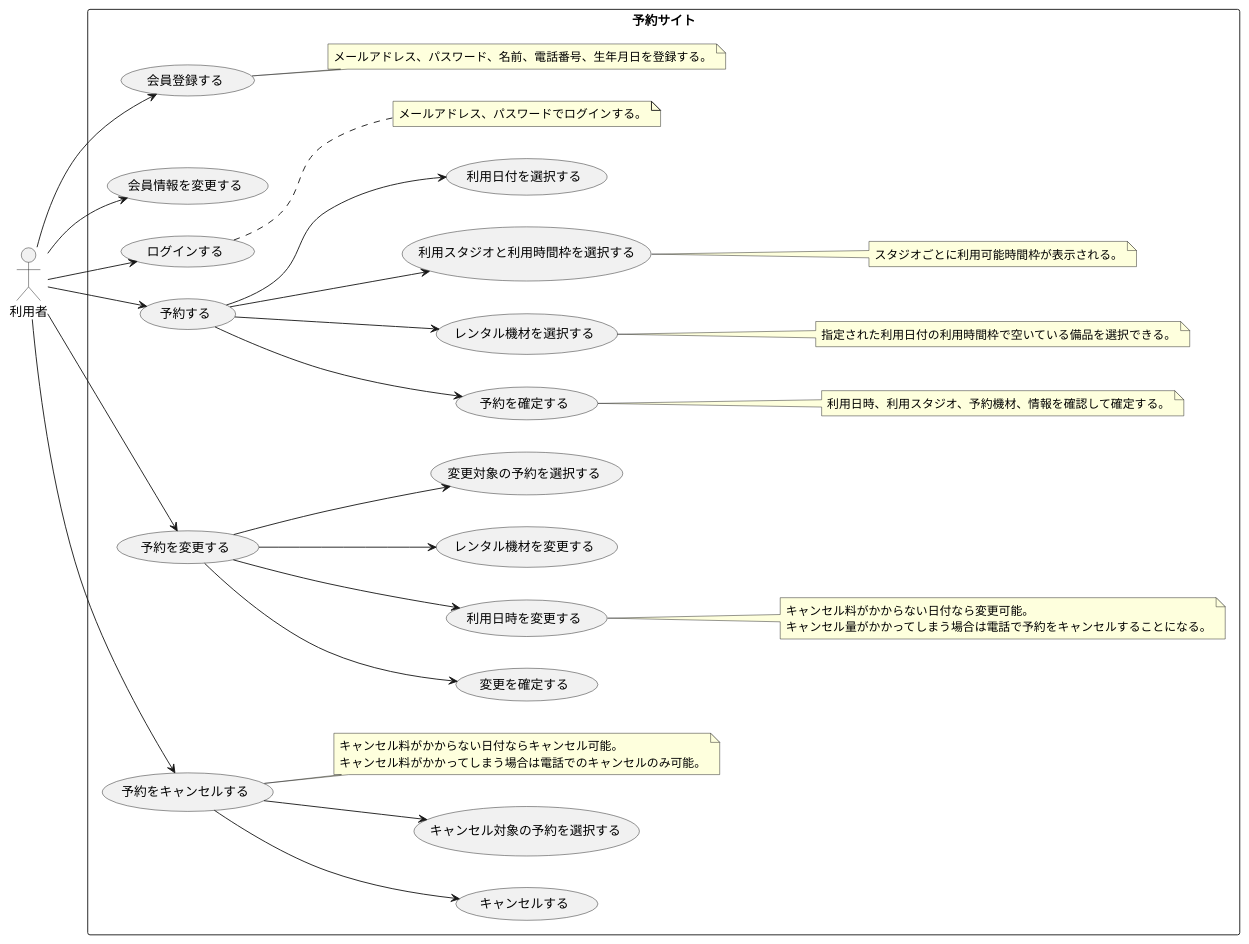
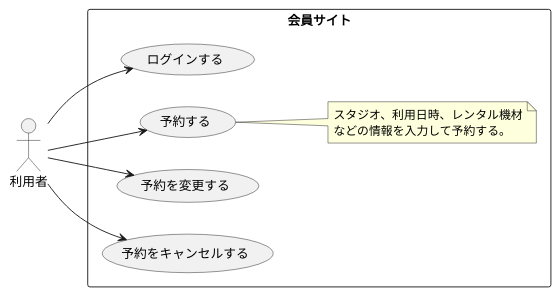
One commit to TakashiOnawa/ddd-practice-studio-reservation changed the diagram in modeling/05_Usecase_Web予約.pu. Above: the diagram before and after it, drawn with PlantUML. The commit also changed 38 other files, not shown here.

```diff
--- a/modeling/05_Usecase_Web予約.pu
+++ b/modeling/05_Usecase_Web予約.pu
@@ -1,59 +1,19 @@
 @startuml Usecase
 
 left to right direction
 
 actor 利用者
 
-rectangle 予約サイト {
-    利用者 --> (会員登録する)
-    利用者 --> (会員情報を変更する)
+rectangle 会員サイト {
     利用者 --> (ログインする)
+    利用者 --> (予約する)
+    利用者 --> (予約を変更する)
+    利用者 --> (予約をキャンセルする)
 
-    利用者 --> (予約する)
-    (予約する) --> (予約を確定する)
-    (予約する) --> (レンタル機材を選択する)
-    (予約する) --> (利用スタジオと利用時間枠を選択する)
-    (予約する) --> (利用日付を選択する)
-
-    note right of (会員登録する)
-    メールアドレス、パスワード、名前、電話番号、生年月日を登録する。
-    end note
-
-    note right of (ログインする)
-    メールアドレス、パスワードでログインする。
-    end note
-
-    note right of (利用スタジオと利用時間枠を選択する)
-    スタジオごとに利用可能時間枠が表示される。
-    end note
-
-    note right of (レンタル機材を選択する)
-    指定された利用日付の利用時間枠で空いている備品を選択できる。
-    end note
-    
-    note right of (予約を確定する)
-    利用日時、利用スタジオ、予約機材、情報を確認して確定する。
-    end note
-
-    利用者 --> (予約を変更する)
-    (予約を変更する) --> (変更を確定する)
-    (予約を変更する) --> (利用日時を変更する)
-    (予約を変更する) --> (レンタル機材を変更する)
-    (予約を変更する) --> (変更対象の予約を選択する)
-
-    note right of (利用日時を変更する)
-    キャンセル料がかからない日付なら変更可能。
-    キャンセル量がかかってしまう場合は電話で予約をキャンセルすることになる。
-    end note
-
-    利用者 --> (予約をキャンセルする)
-    (予約をキャンセルする) --> (キャンセルする)
-    (予約をキャンセルする) --> (キャンセル対象の予約を選択する)
-
-    note right of (予約をキャンセルする)
-    キャンセル料がかからない日付ならキャンセル可能。
-    キャンセル料がかかってしまう場合は電話でのキャンセルのみ可能。
+    note right of (予約する)
+    スタジオ、利用日時、レンタル機材
+    などの情報を入力して予約する。
     end note
 }
 
 @enduml
```
